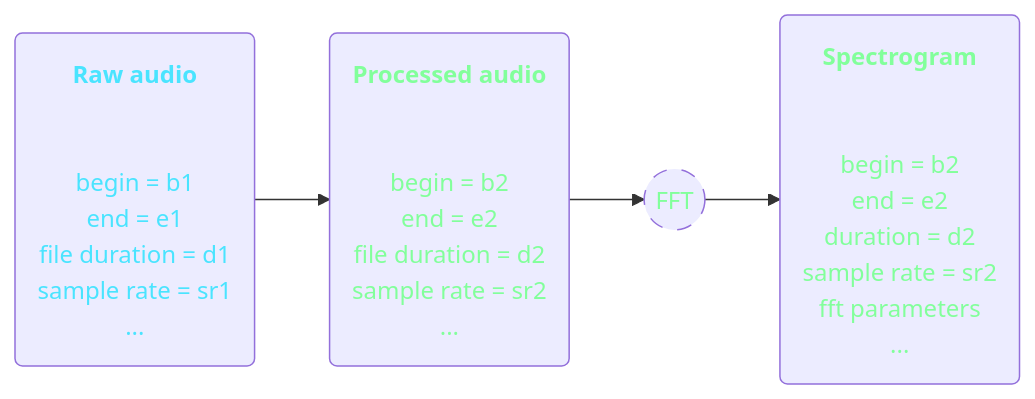
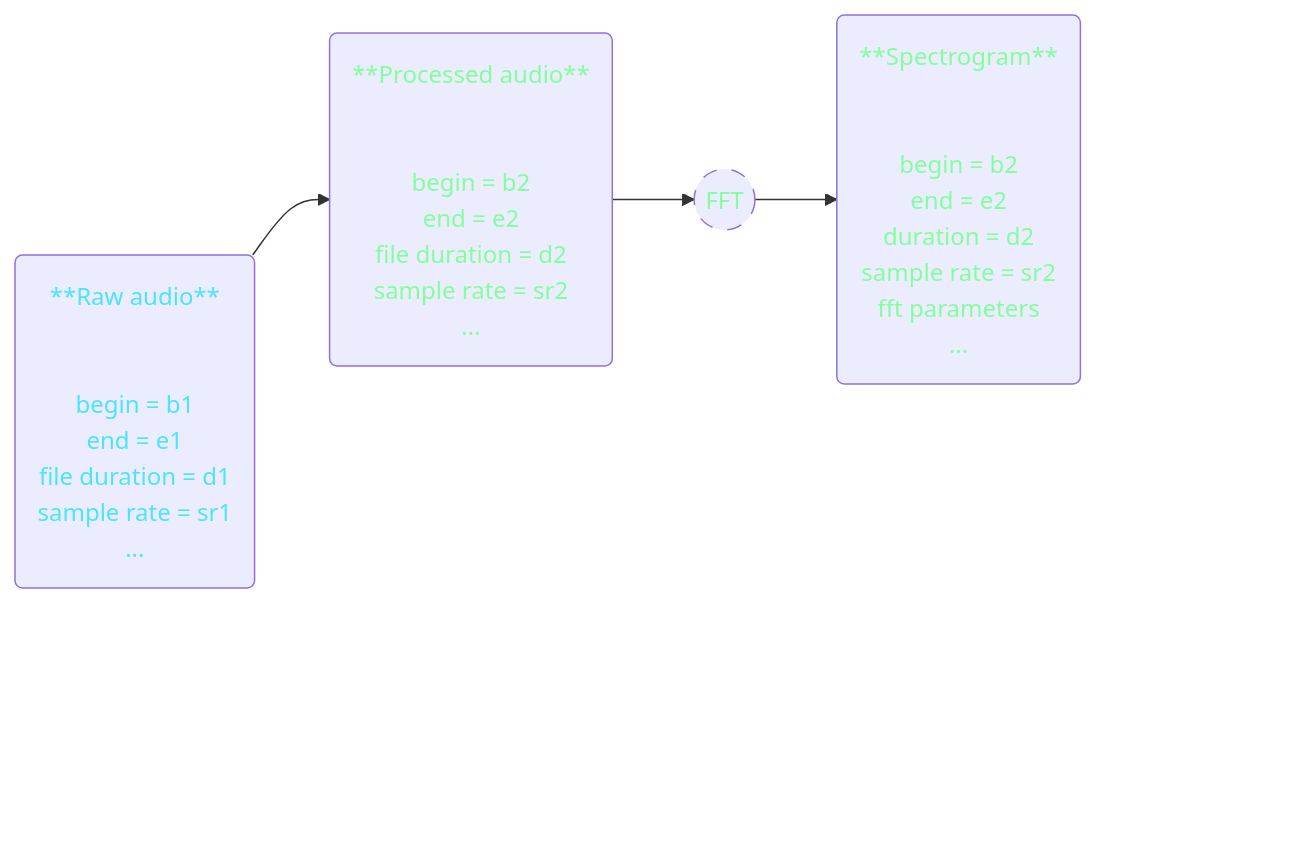
The third of 5 diagrams in slides/objectif.qmd (Gautzilla/OSEkit_rework_presentation), drawn with Mermaid before and after one commit. The commit also changed other lines of this file and 11 other files, not shown here.

Commit message:
better mermaid graphs

````diff
--- a/slides/objectif.qmd
+++ b/slides/objectif.qmd
@@ -43,37 +145,68 @@
 ```{mermaid}
 flowchart LR
-  raw("`**Raw audio**`"
+  raw(**Raw audio**
   <br>
   begin = b1
   end = e1
   file duration = d1
   sample rate = sr1
   ...
   ) 
-  --> 
-  processed("`**Processed audio**`"
+  -->
+  processed(**Processed audio**
   <br>
   begin = b2
   end = e2
   file duration = d2
   sample rate = sr2
   ...
   ) 
   -->
   FFT((FFT))
   -->
-  spectro("`**Spectrogram**`"
+  spectro(**Spectrogram**
   <br>
   begin = b2
   end = e2
   duration = d2
   sample rate = sr2
   fft parameters
   ...
   ) 
+  ~~~
+  aplose(APLOSE) 
+
+  raw
+  ~~~
+  processed2(Processed audio
+  <br>
+  begin = b3
+  end = e3
+  file duration = d3
+  sample rate = sr3
+  ...
+  ) 
+  ~~~
+  FFT2((FFT2))
+  ~~~
+  spectro2(Spectrogram
+  <br>
+  begin = b3
+  end = e3
+  duration = d3
+  sample rate = sr3
+  fft2 parameters
+  ...
+  ) 
+  ~~~
+  aplose
 
   style raw color:#4ae4ff
   style processed color:#82ff9b
   style spectro color:#82ff9b
   style FFT stroke-width:1px,stroke-dasharray: 10, color: #82ff9b
+  style processed2 opacity:0%,color:#0000
+  style spectro2 opacity:0%,color:#0000
+  style FFT2 opacity:0%,color:#0000
+  style aplose color:#0000,opacity:0%
 ```
````
